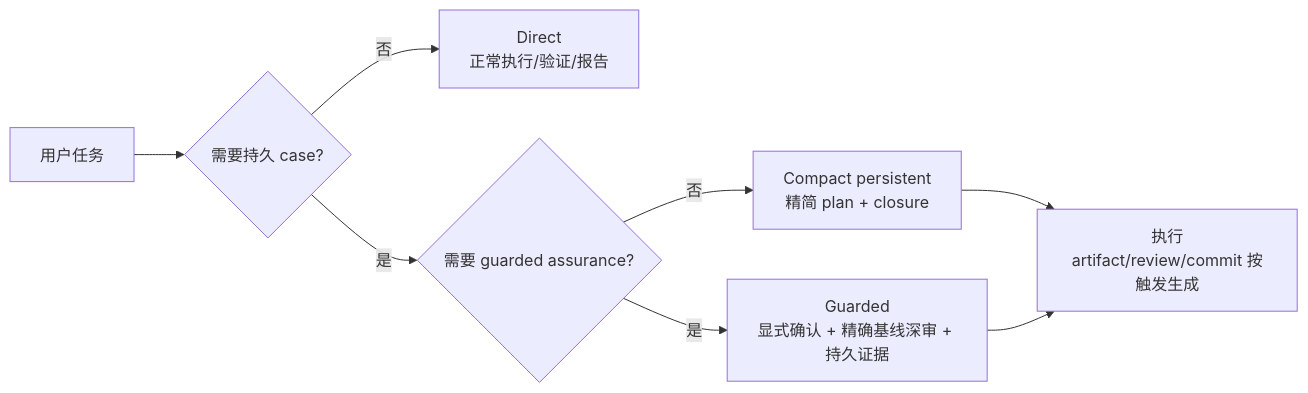
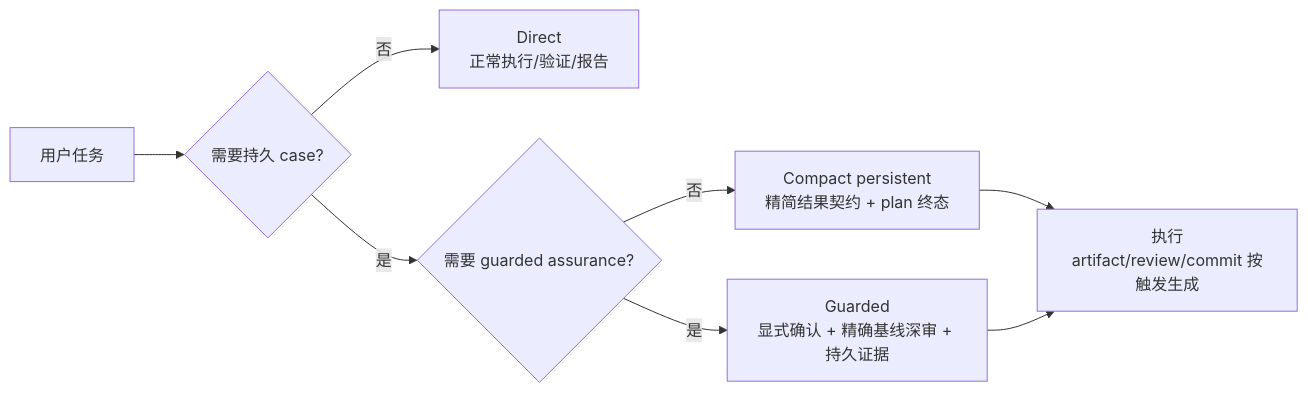
The third of 5 diagrams in docs/share/workflow-and-design.md (yomij/doc-loom-least), drawn with Mermaid before and after one commit. The commit also changed other lines of this file and 21 other files, not shown here.

````diff
--- a/docs/share/workflow-and-design.md
+++ b/docs/share/workflow-and-design.md
@@ -157,10 +157,10 @@
 ```mermaid
 flowchart LR
     A[用户任务] --> C{需要持久 case?}
     C -->|否| DIRECT[Direct<br/>正常执行/验证/报告]
     C -->|是| G{需要 guarded assurance?}
-    G -->|否| COMPACT[Compact persistent<br/>精简 plan + closure]
+    G -->|否| COMPACT[Compact persistent<br/>精简结果契约 + plan 终态]
     G -->|是| GUARDED[Guarded<br/>显式确认 + 精确基线深审 + 持久证据]
     COMPACT --> EXEC[执行<br/>artifact/review/commit 按触发生成]
     GUARDED --> EXEC
 ```
````
